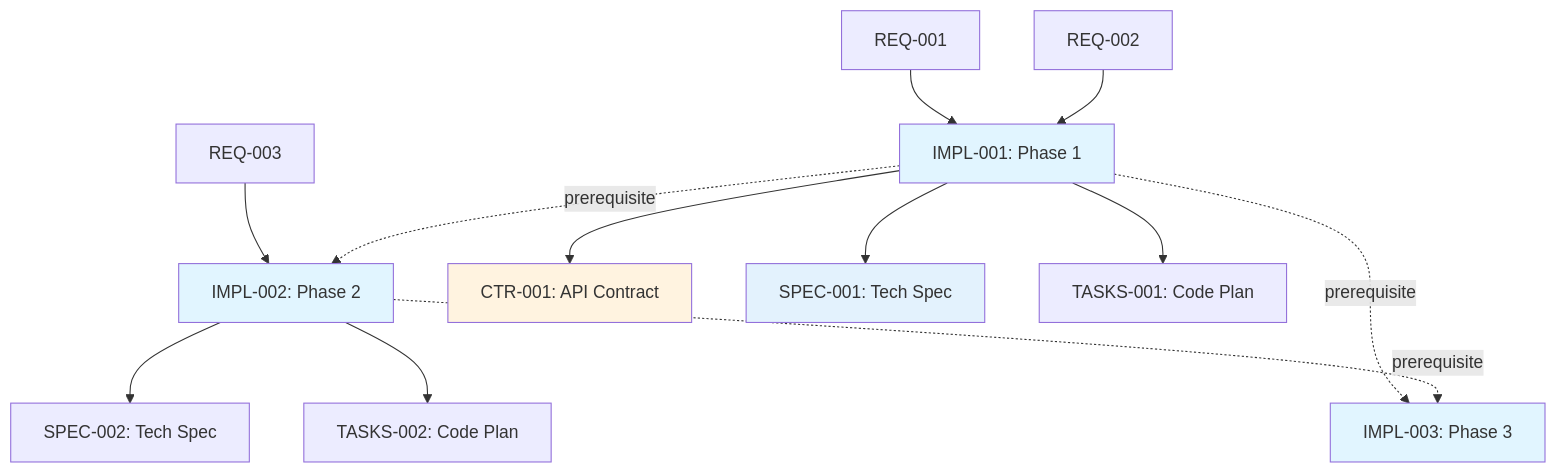
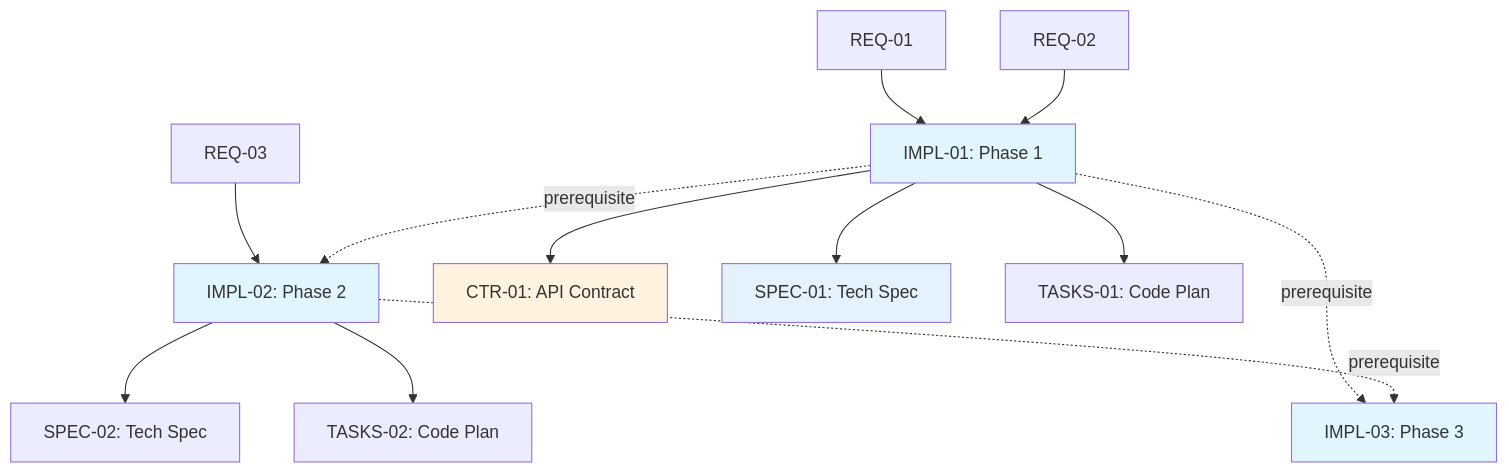
Before and after one commit to vladm3105/aidoc-flow-framework: the diagram in ai_dev_flow/IMPL/IMPL-000_TRACEABILITY_MATRIX-TEMPLATE.md, drawn with Mermaid. The commit also changed other lines of this file and 215 other files, not shown here.

````diff
--- a/ai_dev_flow/IMPL/IMPL-000_TRACEABILITY_MATRIX-TEMPLATE.md
+++ b/ai_dev_flow/IMPL/IMPL-000_TRACEABILITY_MATRIX-TEMPLATE.md
@@ -266,23 +266,23 @@
 ```mermaid
 graph TD
-    REQ001[REQ-001] --> IMPL001[IMPL-001: Phase 1]
-    REQ002[REQ-002] --> IMPL001
-    REQ003[REQ-003] --> IMPL002[IMPL-002: Phase 2]
+    REQ01[REQ-01] --> IMPL01[IMPL-01: Phase 1]
+    REQ02[REQ-02] --> IMPL01
+    REQ03[REQ-03] --> IMPL02[IMPL-02: Phase 2]
 
-    IMPL001 --> CTR001[CTR-001: API Contract]
-    IMPL001 --> SPEC001[SPEC-001: Tech Spec]
-    IMPL001 --> TASKS001[TASKS-001: Code Plan]
+    IMPL01 --> CTR01[CTR-01: API Contract]
+    IMPL01 --> SPEC01[SPEC-01: Tech Spec]
+    IMPL01 --> TASKS001[TASKS-01: Code Plan]
 
-    IMPL002 --> SPEC002[SPEC-002: Tech Spec]
-    IMPL002 --> TASKS002[TASKS-002: Code Plan]
+    IMPL02 --> SPEC002[SPEC-02: Tech Spec]
+    IMPL02 --> TASKS002[TASKS-02: Code Plan]
 
-    IMPL001 -.prerequisite.-> IMPL002
-    IMPL001 -.prerequisite.-> IMPL003[IMPL-003: Phase 3]
-    IMPL002 -.prerequisite.-> IMPL003
+    IMPL01 -.prerequisite.-> IMPL02
+    IMPL01 -.prerequisite.-> IMPL003[IMPL-03: Phase 3]
+    IMPL02 -.prerequisite.-> IMPL003
 
-    style IMPL001 fill:#e1f5ff
-    style IMPL002 fill:#e1f5ff
+    style IMPL01 fill:#e1f5ff
+    style IMPL02 fill:#e1f5ff
     style IMPL003 fill:#e1f5ff
-    style SPEC001 fill:#e3f2fd
-    style CTR001 fill:#fff3e0
+    style SPEC01 fill:#e3f2fd
+    style CTR01 fill:#fff3e0
 ```
````
